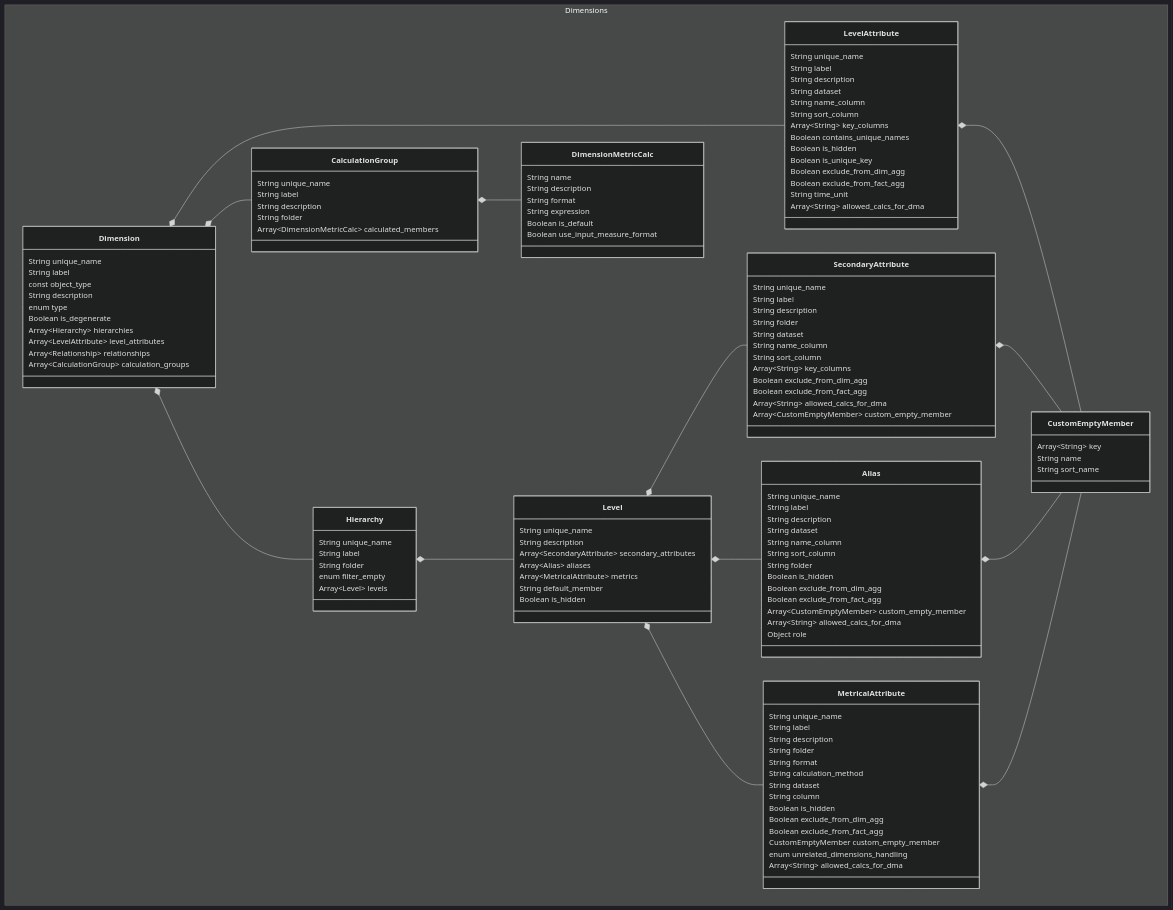
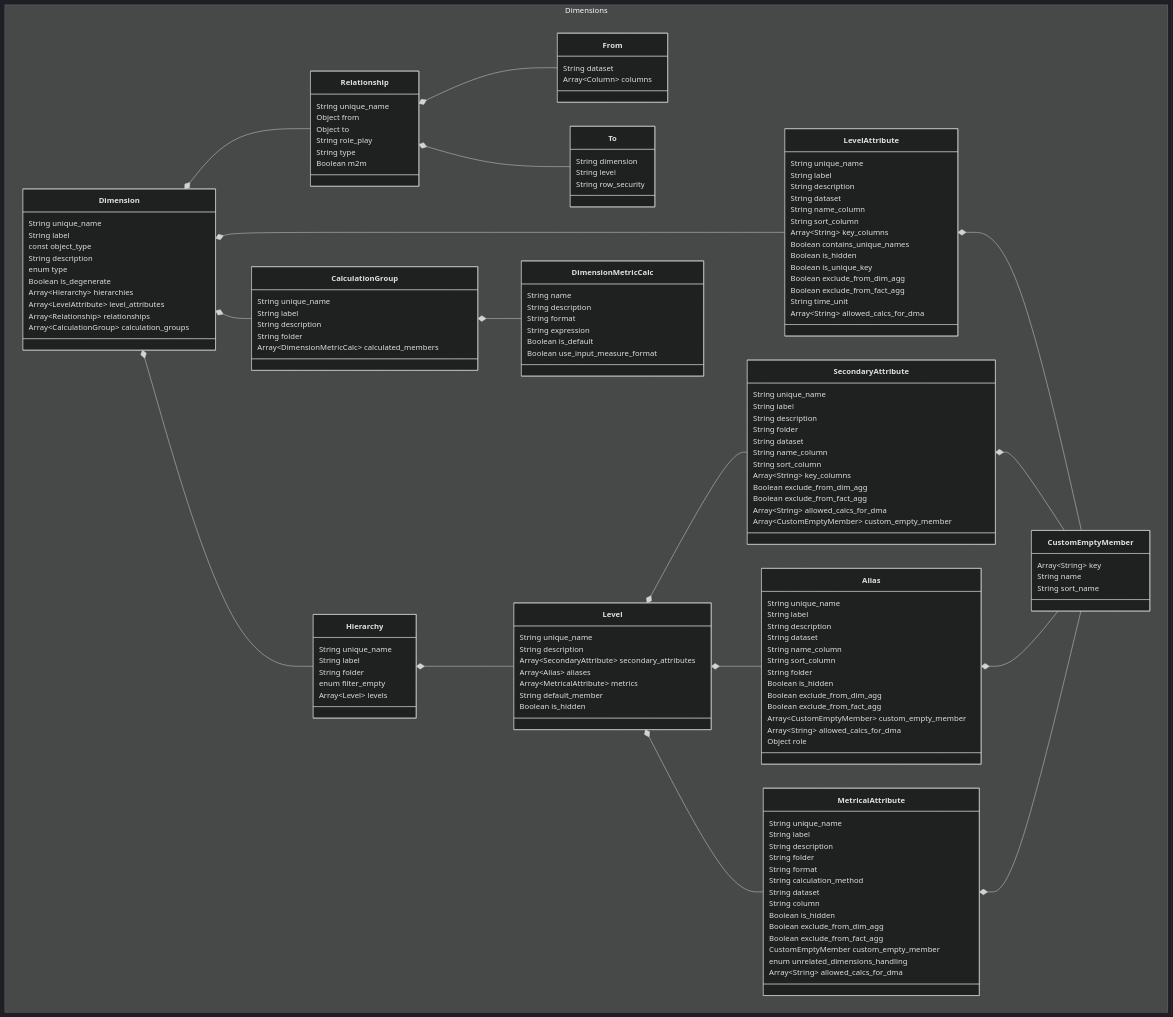
The diagram in sml-reference/dimensions.md (AlchemyTechLabsInc/SML), drawn with Mermaid (dark theme) before and after one commit.

Commit message:
added relationships to dimension ER chart

````diff
--- a/sml-reference/dimensions.md
+++ b/sml-reference/dimensions.md
@@ -149,5 +149,8 @@
 ```mermaid
 classDiagram
+    Relationship *-- From
+    Relationship *-- To
+    Dimension *-- Relationship
     Dimension *-- Hierarchy
     Dimension *-- LevelAttribute
     Dimension *-- CalculationGroup
@@ -172,6 +175,23 @@
       Array~LevelAttribute~ level_attributes
       Array~Relationship~ relationships
       Array~CalculationGroup~ calculation_groups
+    }
+    class Relationship{
+      String unique_name
+      Object from
+      Object to
+      String role_play
+      String type
+      Boolean m2m
+    }
+    class From{
+      String dataset
+      Array~Column~ columns
+    }
+    class To{
+      String dimension
+      String level
+      String row_security
     }
     class Hierarchy{
       String unique_name
````
